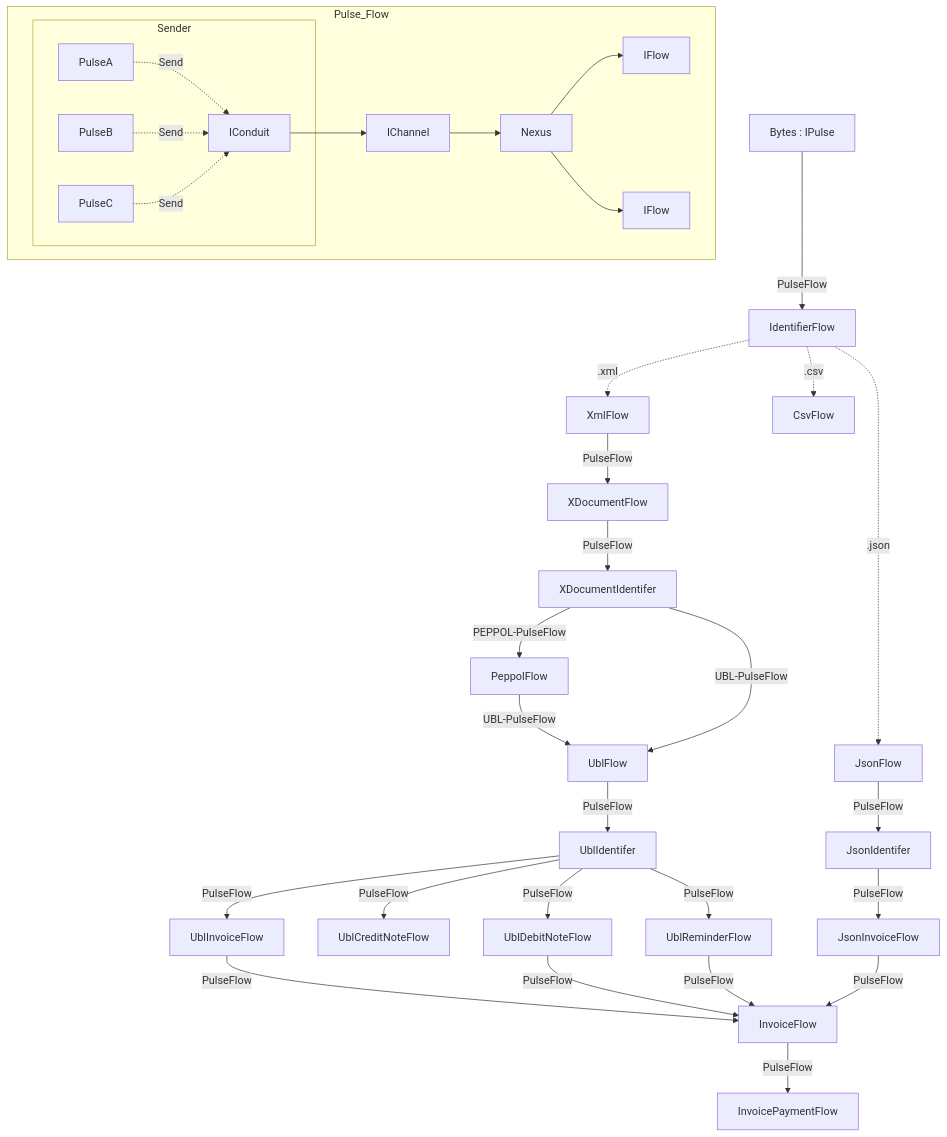
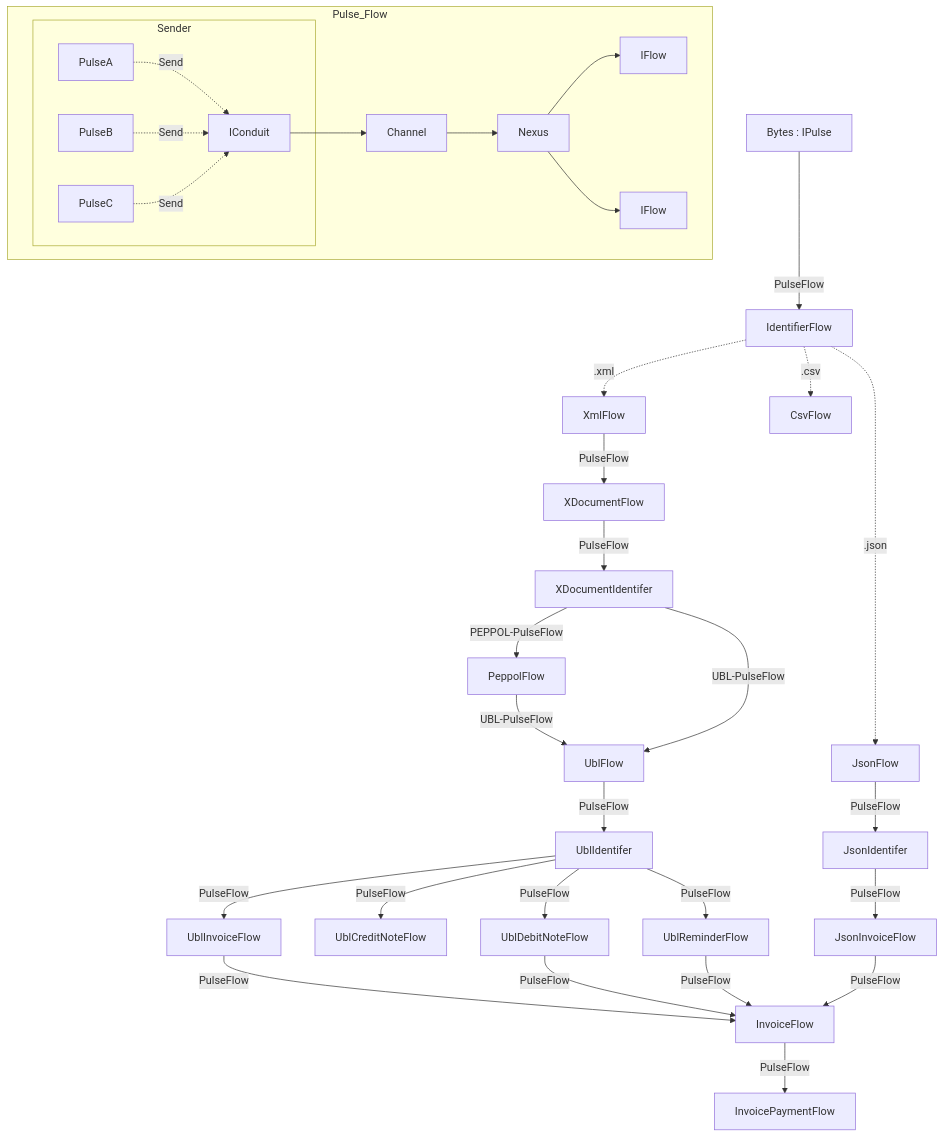
Before and after one commit to frankhaugen/Frank.PulseFlow: the fourth of 4 diagrams in README.md, drawn with Mermaid. The commit also changed other lines of this file and 16 other files, not shown here.

````diff
--- a/README.md
+++ b/README.md
@@ -158,35 +166,35 @@
 ```mermaid
 graph TB
     File[Bytes : IPulse] --> |PulseFlow| X1[IdentifierFlow]
     X1 -.->|.xml| XmlFlow[XmlFlow]
     X1 -.->|.json| JsonFlow[JsonFlow]
     X1 -.->|.csv| CsvFlow[CsvFlow]
 
     XmlFlow -->|PulseFlow| XDocumentFlow
     XDocumentFlow -->|PulseFlow| XDocumentIdentifer
     XDocumentIdentifer -->|PEPPOL-PulseFlow| PeppolFlow -->|UBL-PulseFlow| UblFlow
     XDocumentIdentifer -->|UBL-PulseFlow| UblFlow
     
     UblFlow -->|PulseFlow| UblIdentifer
     UblIdentifer -->|PulseFlow| UblInvoiceFlow -->|PulseFlow| InvoiceFlow
     UblIdentifer -->|PulseFlow| UblCreditNoteFlow
     UblIdentifer -->|PulseFlow| UblDebitNoteFlow -->|PulseFlow| InvoiceFlow
     UblIdentifer -->|PulseFlow| UblReminderFlow -->|PulseFlow| InvoiceFlow
     
     JsonFlow -->|PulseFlow| JsonIdentifer
     JsonIdentifer -->|PulseFlow| JsonInvoiceFlow
     JsonInvoiceFlow -->|PulseFlow| InvoiceFlow
     InvoiceFlow -->|PulseFlow| InvoicePaymentFlow
     
     subgraph Pulse_Flow
         subgraph Sender
             PulseA -.->|Send| IConduit[IConduit]
             PulseB -.->|Send| IConduit[IConduit]
             PulseC -.->|Send| IConduit[IConduit]
         end
-        IConduit --> IChannel[IChannel]
+        IConduit --> IChannel[Channel]
         IChannel --> Nexus[Nexus]
         Nexus --> FlowX[IFlow]
         Nexus --> FlowY[IFlow]
     end
 ```
````
